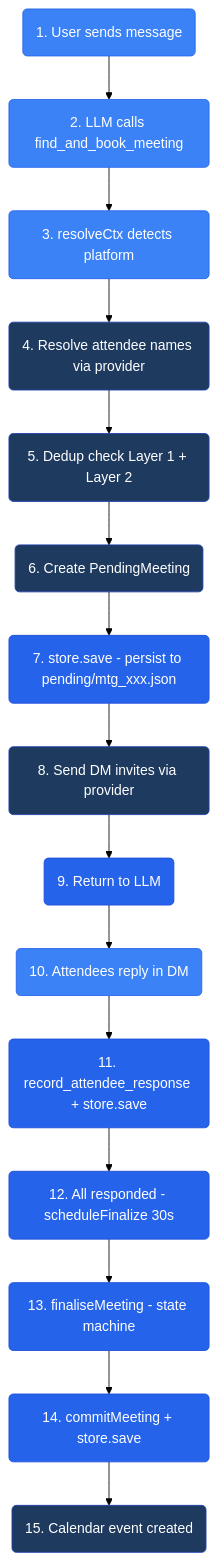
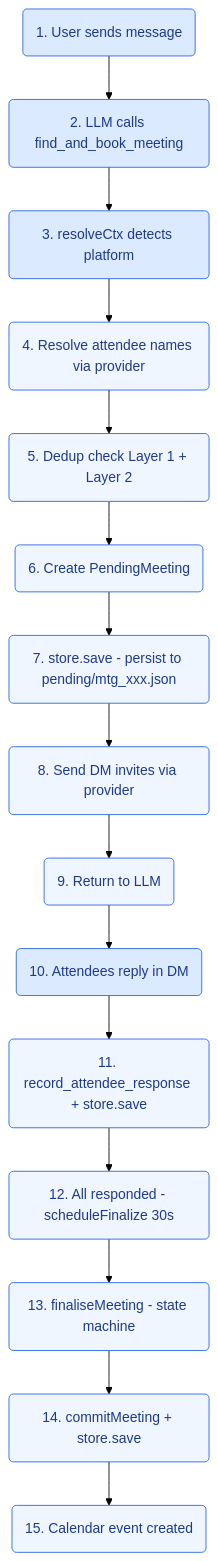
One commit to javana3/claw_meeting_all changed the ninth of 13 diagrams in README.md. Above: the diagram before and after it, drawn with Mermaid (forest theme). The commit also changed other lines of this file, not shown here.

````diff
--- a/README.md
+++ b/README.md
@@ -348,34 +348,34 @@
 ```mermaid
 graph TD
     A(1. User sends message) --> B(2. LLM calls find_and_book_meeting)
     B --> C(3. resolveCtx detects platform)
     C --> D(4. Resolve attendee names via provider)
     D --> E(5. Dedup check Layer 1 + Layer 2)
     E --> F(6. Create PendingMeeting)
     F --> G(7. store.save - persist to pending/mtg_xxx.json)
     G --> H(8. Send DM invites via provider)
     H --> I(9. Return to LLM)
 
     I --> J(10. Attendees reply in DM)
     J --> K(11. record_attendee_response + store.save)
     K --> L(12. All responded - scheduleFinalize 30s)
     L --> M(13. finaliseMeeting - state machine)
     M --> N(14. commitMeeting + store.save)
     N --> O(15. Calendar event created)
 
-style G fill:#2563eb,stroke:#1d4ed8,color:#fff
-    style K fill:#2563eb,stroke:#1d4ed8,color:#fff
-    style N fill:#2563eb,stroke:#1d4ed8,color:#fff
-    style A fill:#3b82f6,stroke:#2563eb,color:#fff
-    style B fill:#3b82f6,stroke:#2563eb,color:#fff
-    style C fill:#3b82f6,stroke:#2563eb,color:#fff
-    style D fill:#1e3a5f,stroke:#1e40af,color:#fff
-    style E fill:#1e3a5f,stroke:#1e40af,color:#fff
-    style F fill:#1e3a5f,stroke:#1e40af,color:#fff
-    style H fill:#1e3a5f,stroke:#1e40af,color:#fff
-    style I fill:#2563eb,stroke:#1d4ed8,color:#fff
-    style J fill:#3b82f6,stroke:#2563eb,color:#fff
-    style L fill:#2563eb,stroke:#1d4ed8,color:#fff
-    style M fill:#2563eb,stroke:#1d4ed8,color:#fff
-    style O fill:#1e3a5f,stroke:#1e40af,color:#fff
+style G fill:#eff6ff,stroke:#2563eb,color:#1e3a8a
+    style K fill:#eff6ff,stroke:#2563eb,color:#1e3a8a
+    style N fill:#eff6ff,stroke:#2563eb,color:#1e3a8a
+    style A fill:#dbeafe,stroke:#2563eb,color:#1e3a8a
+    style B fill:#dbeafe,stroke:#2563eb,color:#1e3a8a
+    style C fill:#dbeafe,stroke:#2563eb,color:#1e3a8a
+    style D fill:#eff6ff,stroke:#2563eb,color:#1e3a8a
+    style E fill:#eff6ff,stroke:#2563eb,color:#1e3a8a
+    style F fill:#eff6ff,stroke:#2563eb,color:#1e3a8a
+    style H fill:#eff6ff,stroke:#2563eb,color:#1e3a8a
+    style I fill:#eff6ff,stroke:#2563eb,color:#1e3a8a
+    style J fill:#dbeafe,stroke:#2563eb,color:#1e3a8a
+    style L fill:#eff6ff,stroke:#2563eb,color:#1e3a8a
+    style M fill:#eff6ff,stroke:#2563eb,color:#1e3a8a
+    style O fill:#eff6ff,stroke:#2563eb,color:#1e3a8a
 ```
````
